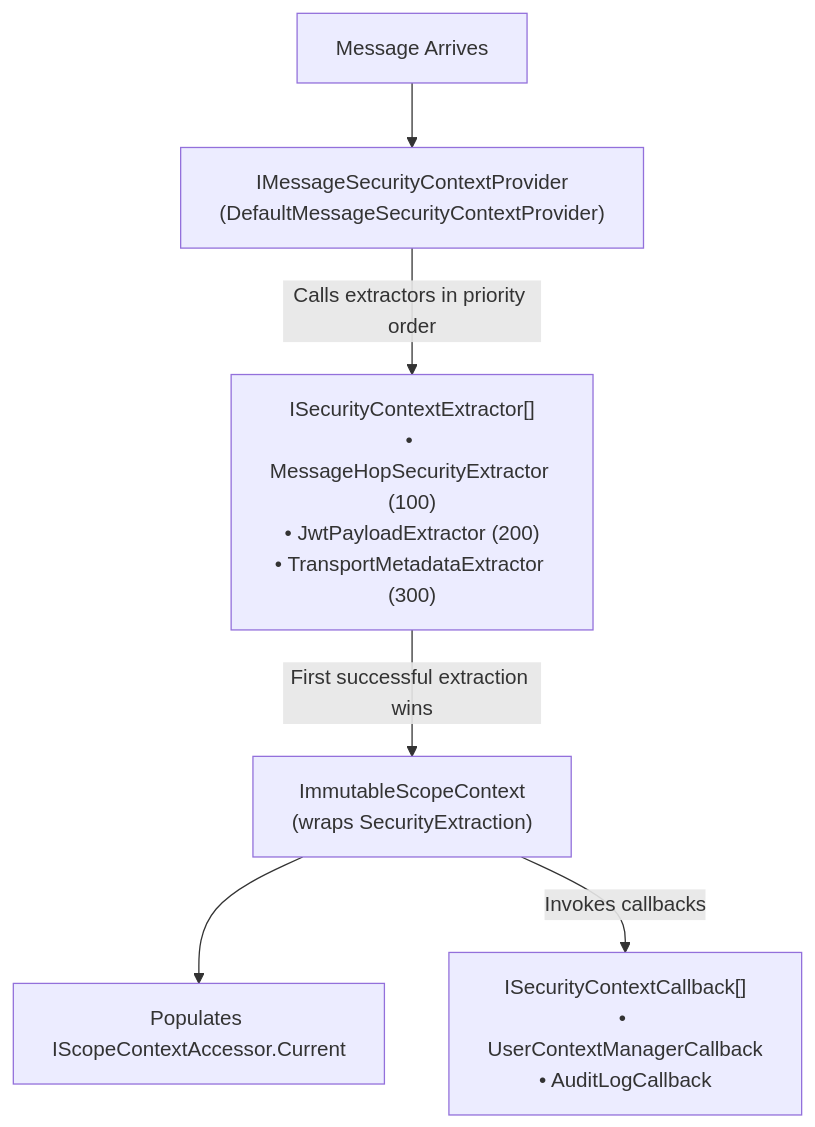
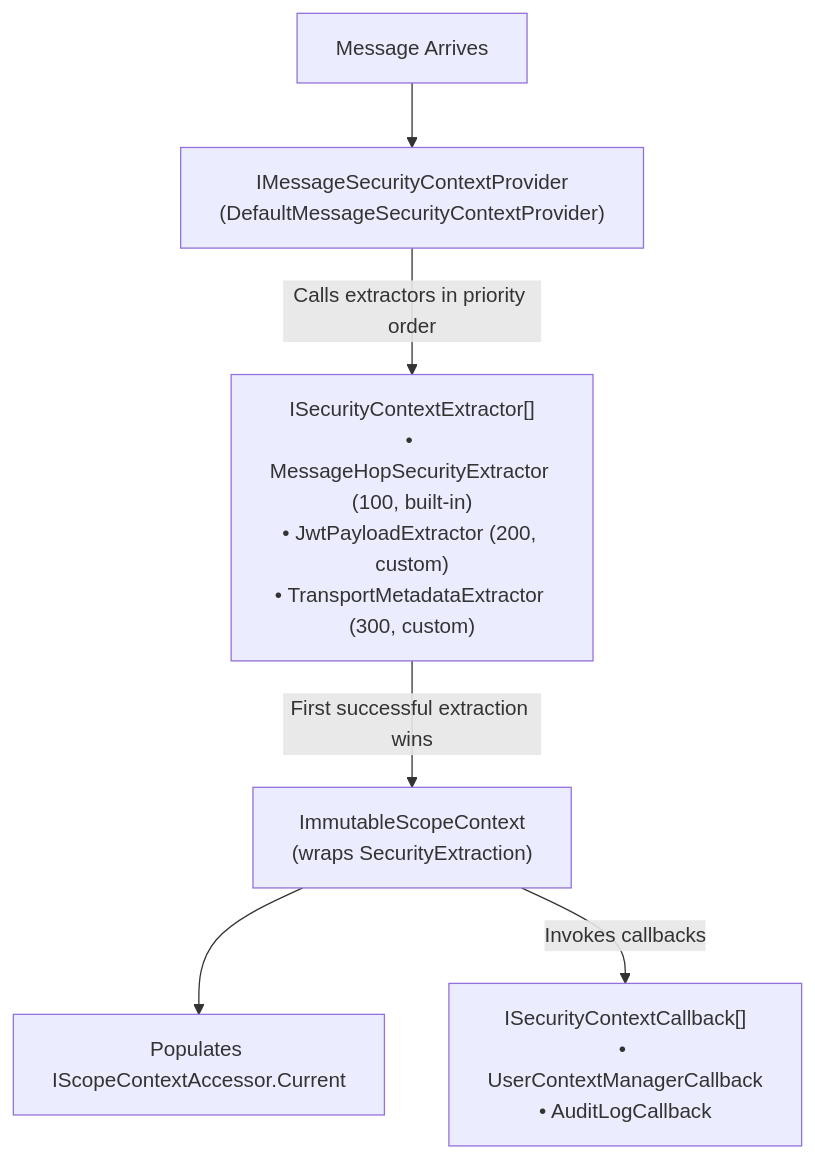
Before and after one commit to whizbang-lib/whizbang-lib.github.io: the first of 4 diagrams in src/assets/docs/v1.0.0/fundamentals/security/message-security.md, drawn with Mermaid. The commit also changed other lines of this file and 14 other files, not shown here.

````diff
--- a/src/assets/docs/v1.0.0/fundamentals/security/message-security.md
+++ b/src/assets/docs/v1.0.0/fundamentals/security/message-security.md
@@ -40,15 +61,15 @@
 ```mermaid
 flowchart TD
     Arrives["Message Arrives"]
     Provider["IMessageSecurityContextProvider<br/>(DefaultMessageSecurityContextProvider)"]
-    Extractors["ISecurityContextExtractor[]<br/>• MessageHopSecurityExtractor (100)<br/>• JwtPayloadExtractor (200)<br/>• TransportMetadataExtractor (300)"]
+    Extractors["ISecurityContextExtractor[]<br/>• MessageHopSecurityExtractor (100, built-in)<br/>• JwtPayloadExtractor (200, custom)<br/>• TransportMetadataExtractor (300, custom)"]
     Context["ImmutableScopeContext<br/>(wraps SecurityExtraction)"]
     Accessor["Populates IScopeContextAccessor.Current"]
     Callbacks["ISecurityContextCallback[]<br/>• UserContextManagerCallback<br/>• AuditLogCallback"]
 
     Arrives --> Provider
     Provider -->|"Calls extractors in priority order"| Extractors
     Extractors -->|"First successful extraction wins"| Context
     Context --> Accessor
     Context -->|"Invokes callbacks"| Callbacks
 ```
````
